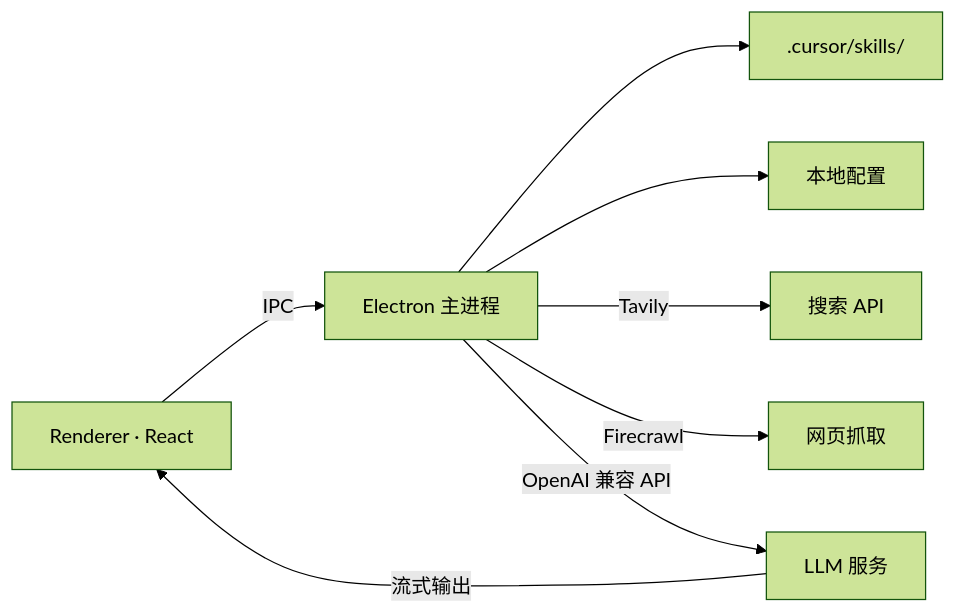
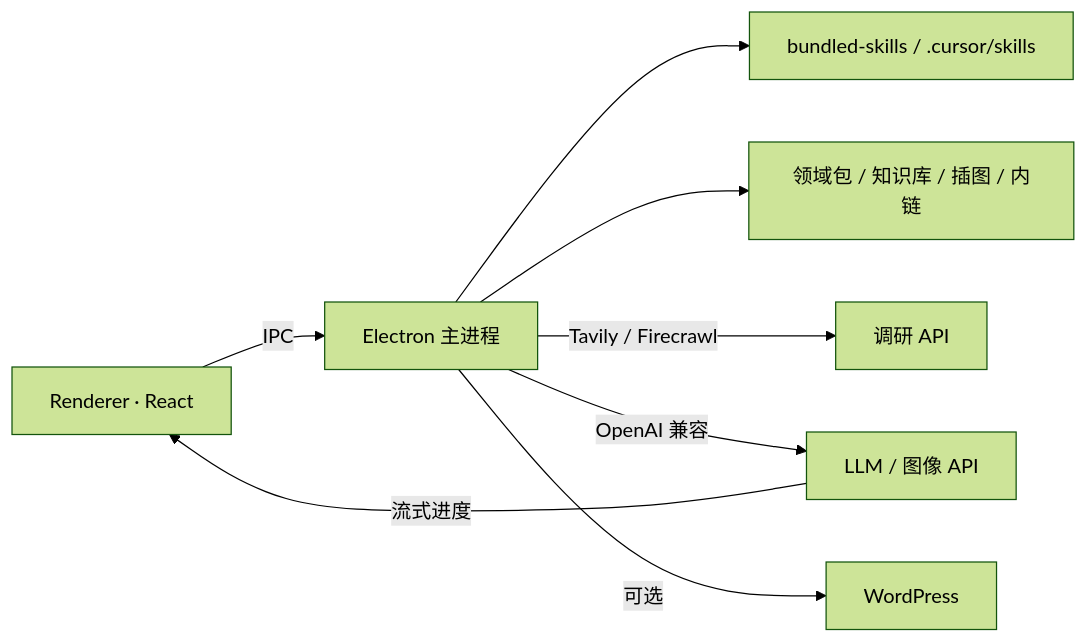
One commit to YieCham/seo-article-generate changed the second of 2 diagrams in README.md. Above: the diagram before and after it, drawn with Mermaid (forest theme). The commit also changed other lines of this file, not shown here.

````diff
--- a/README.md
+++ b/README.md
@@ -275,10 +122,10 @@
 ```mermaid
 flowchart LR
   UI[Renderer · React] -->|IPC| Main[Electron 主进程]
-  Main --> Skills[.cursor/skills/]
-  Main --> Config[本地配置]
-  Main -->|Tavily| Search[搜索 API]
-  Main -->|Firecrawl| Scrape[网页抓取]
-  Main -->|OpenAI 兼容 API| LLM[LLM 服务]
-  LLM -->|流式输出| UI
+  Main --> Skills[bundled-skills / .cursor/skills]
+  Main --> Packs[领域包 / 知识库 / 插图 / 内链]
+  Main -->|Tavily / Firecrawl| Research[调研 API]
+  Main -->|OpenAI 兼容| LLM[LLM / 图像 API]
+  Main -->|可选| WP[WordPress]
+  LLM -->|流式进度| UI
 ```
````
